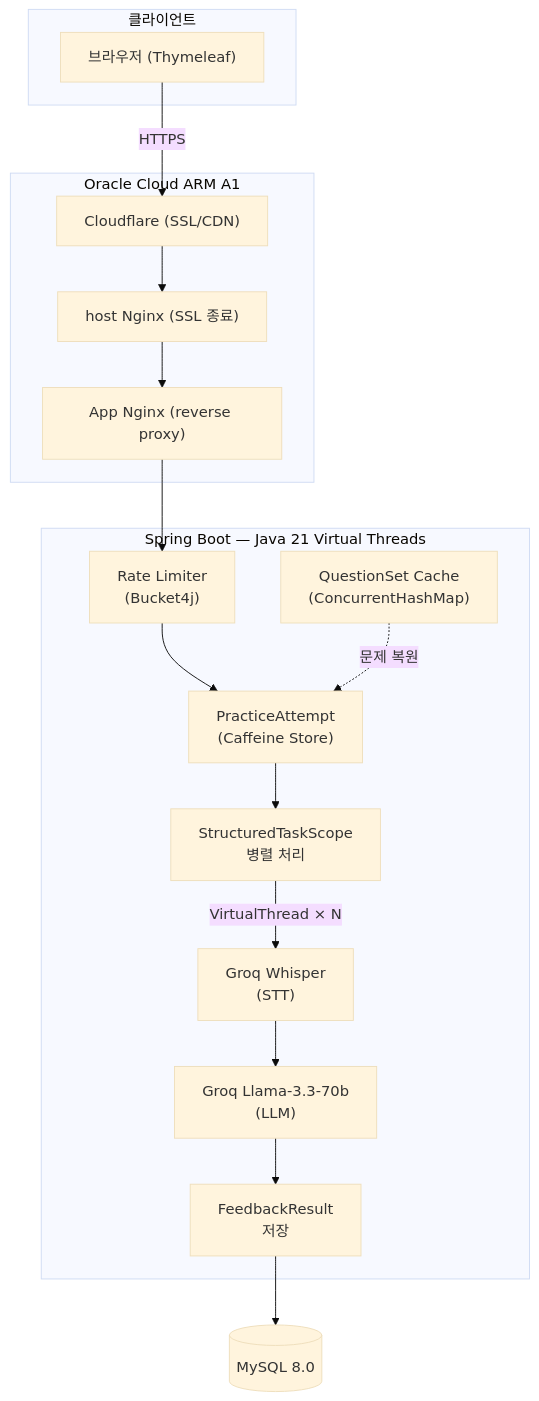
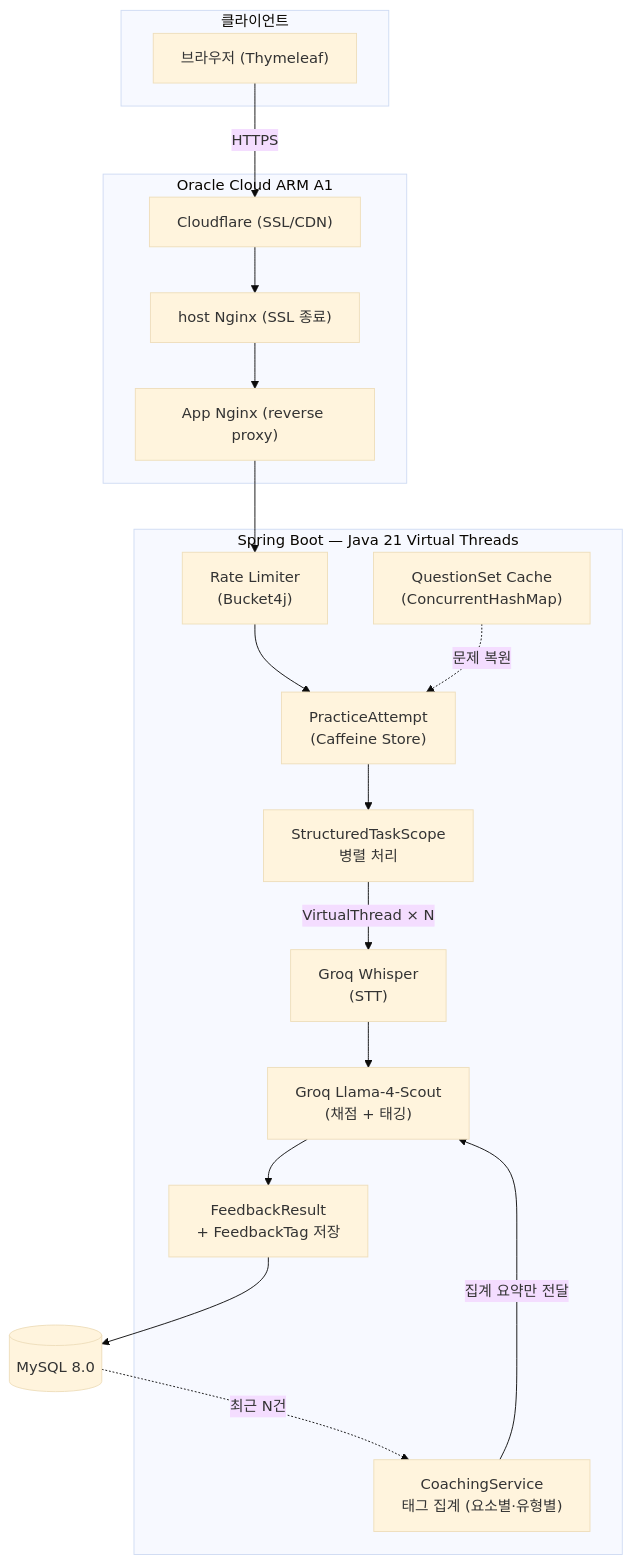
One commit to NileTheKing/opicnic changed the diagram in README.md. Above: the diagram before and after it, drawn with Mermaid (base theme). The commit also changed other lines of this file, not shown here.

````diff
--- a/README.md
+++ b/README.md
@@ -63,30 +67,32 @@
 ```mermaid
 graph TB
     subgraph Client["클라이언트"]
         Browser["브라우저 (Thymeleaf)"]
     end
 
     subgraph Infra["Oracle Cloud ARM A1"]
         CF["Cloudflare (SSL/CDN)"]
         HostNginx["host Nginx (SSL 종료)"]
         AppNginx["App Nginx (reverse proxy)"]
     end
 
     subgraph App["Spring Boot — Java 21 Virtual Threads"]
         Attempt["PracticeAttempt\n(Caffeine Store)"]
         RateLimit["Rate Limiter\n(Bucket4j)"]
         Cache["QuestionSet Cache\n(ConcurrentHashMap)"]
         SC["StructuredTaskScope\n병렬 처리"]
         STT["Groq Whisper\n(STT)"]
-        LLM["Groq Llama-3.3-70b\n(LLM)"]
-        DB["FeedbackResult\n저장"]
+        LLM["Groq Llama-4-Scout\n(채점 + 태깅)"]
+        DB["FeedbackResult\n+ FeedbackTag 저장"]
+        Coach["CoachingService\n태그 집계 (요소별·유형별)"]
     end
 
     MySQL[("MySQL 8.0")]
 
     Browser -->|HTTPS| CF --> HostNginx --> AppNginx
     AppNginx --> RateLimit --> Attempt
     Cache -.->|문제 복원| Attempt
     Attempt --> SC
     SC -->|VirtualThread × N| STT --> LLM --> DB --> MySQL
+    MySQL -.->|최근 N건| Coach -->|집계 요약만 전달| LLM
 ```
````
